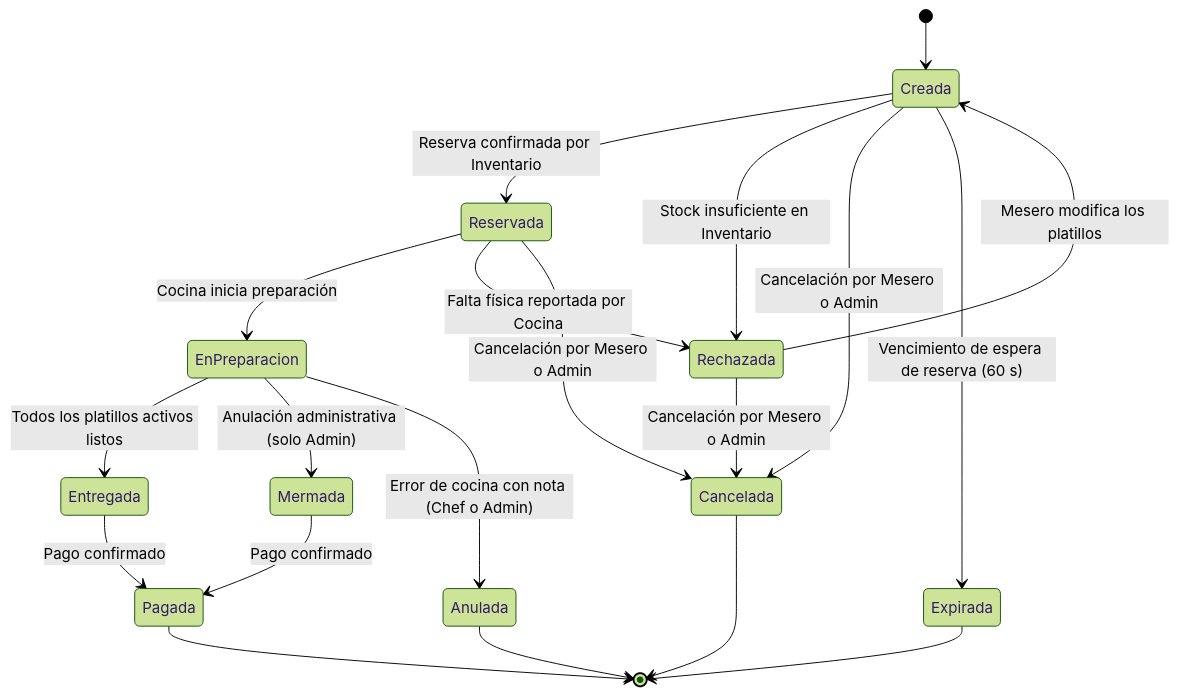
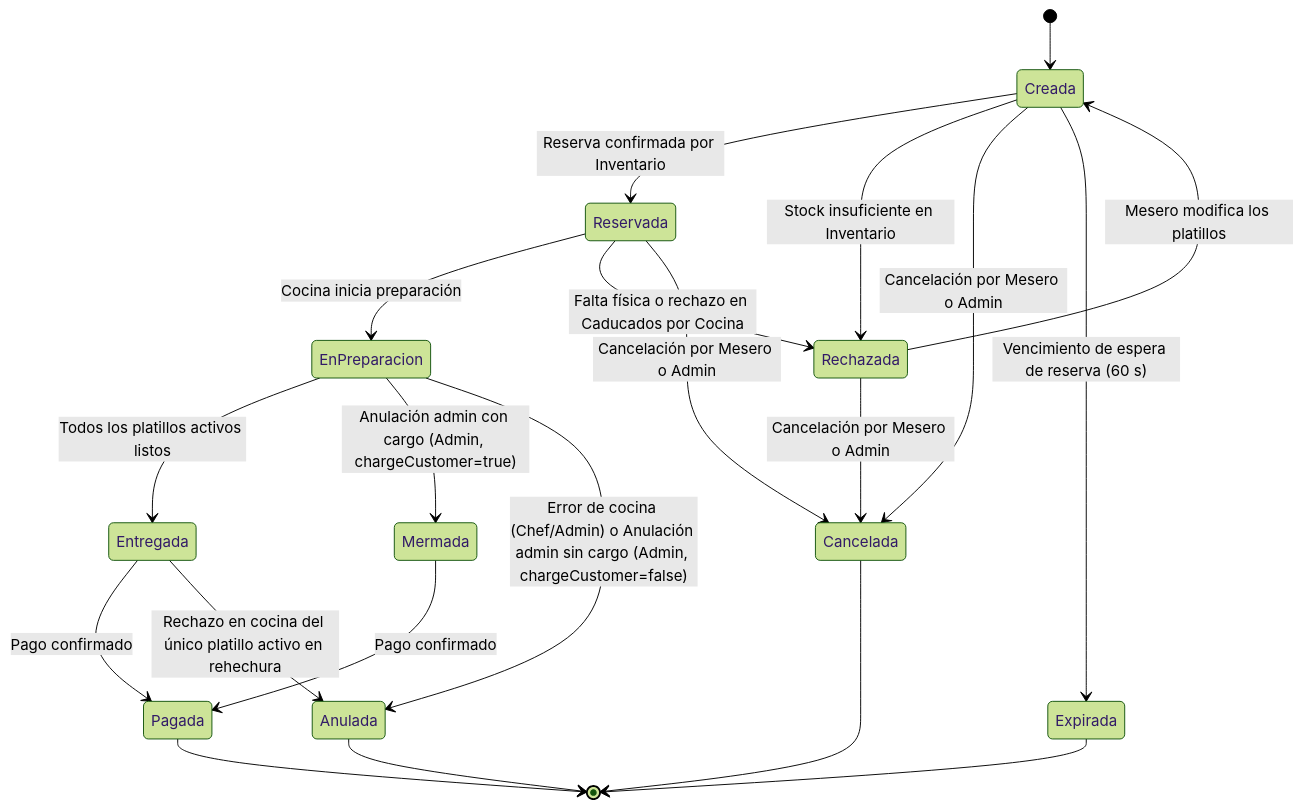
Before and after one commit to FMAT-Restaurant/OrdersKDS-Backend: the diagram in docs/ERS_IEEE_OrdenesKDS.md, drawn with Mermaid (forest theme). The commit also changed other lines of this file and 4 other files, not shown here.

````diff
--- a/docs/ERS_IEEE_OrdenesKDS.md
+++ b/docs/ERS_IEEE_OrdenesKDS.md
@@ -108,22 +108,23 @@
 ```mermaid
 stateDiagram-v2
     [*] --> Creada
     Creada --> Reservada: Reserva confirmada por Inventario
     Creada --> Rechazada: Stock insuficiente en Inventario
     Creada --> Cancelada: Cancelación por Mesero o Admin
     Creada --> Expirada: Vencimiento de espera de reserva (60 s)
     Reservada --> EnPreparacion: Cocina inicia preparación
-    Reservada --> Rechazada: Falta física reportada por Cocina
+    Reservada --> Rechazada: Falta física o rechazo en Caducados por Cocina
     Reservada --> Cancelada: Cancelación por Mesero o Admin
     Rechazada --> Creada: Mesero modifica los platillos
     Rechazada --> Cancelada: Cancelación por Mesero o Admin
     EnPreparacion --> Entregada: Todos los platillos activos listos
-    EnPreparacion --> Mermada: Anulación administrativa (solo Admin)
-    EnPreparacion --> Anulada: Error de cocina con nota (Chef o Admin)
+    EnPreparacion --> Mermada: Anulación admin con cargo (Admin, chargeCustomer=true)
+    EnPreparacion --> Anulada: Error de cocina (Chef/Admin) o Anulación admin sin cargo (Admin, chargeCustomer=false)
     Entregada --> Pagada: Pago confirmado
+    Entregada --> Anulada: Rechazo en cocina del único platillo activo en rehechura
     Mermada --> Pagada: Pago confirmado
     Pagada --> [*]
     Cancelada --> [*]
     Anulada --> [*]
     Expirada --> [*]
 ```
````
